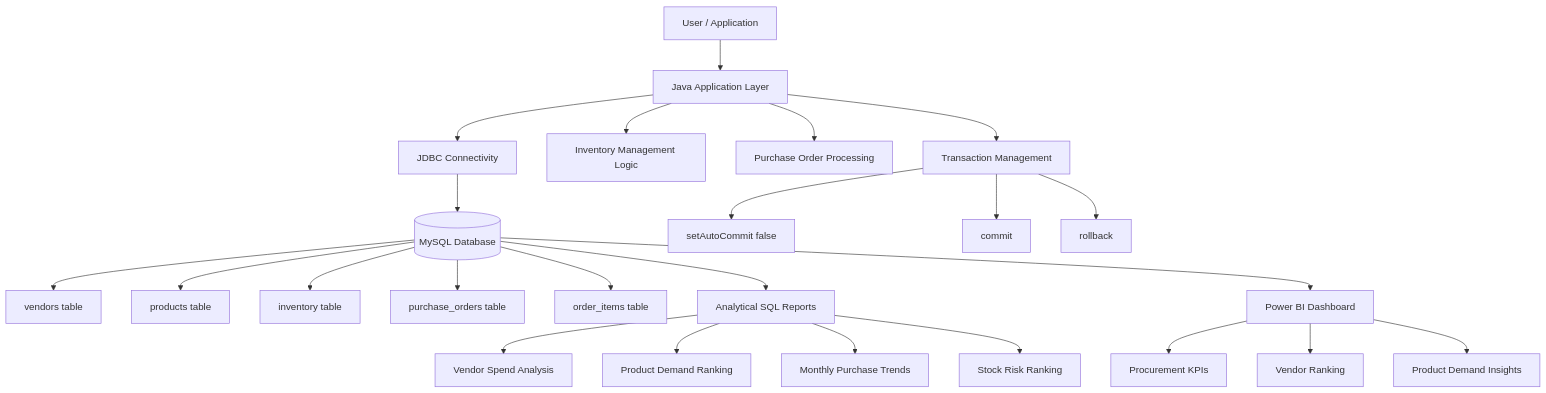
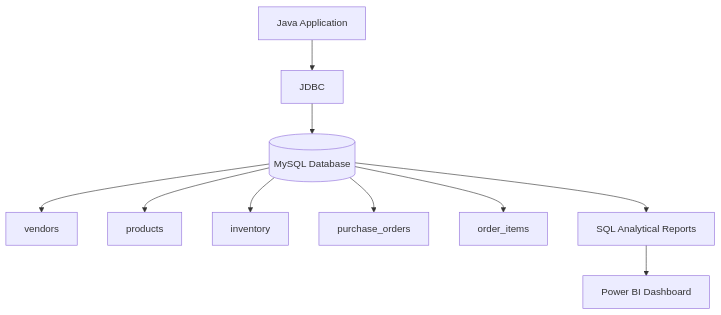
The first of 2 diagrams in README.md (muskaanhusain604-beep/procurement-inventory-management-system), drawn with Mermaid before and after one commit.

Commit message:
README.md

````diff
--- a/README.md
+++ b/README.md
@@ -23,34 +23,16 @@
 ```mermaid
 flowchart TD
 
-A[User / Application] --> B[Java Application Layer]
-B --> C[JDBC Connectivity]
-C --> D[(MySQL Database)]
+A[Java Application] --> B[JDBC]
+B --> C[(MySQL Database)]
 
-D --> E[vendors table]
-D --> F[products table]
-D --> G[inventory table]
-D --> H[purchase_orders table]
-D --> I[order_items table]
+C --> D[vendors]
+C --> E[products]
+C --> F[inventory]
+C --> G[purchase_orders]
+C --> H[order_items]
 
-B --> J[Inventory Management Logic]
-B --> K[Purchase Order Processing]
-B --> L[Transaction Management]
+C --> I[SQL Analytical Reports]
+I --> J[Power BI Dashboard]
 
-L --> M[setAutoCommit false]
-L --> N[commit]
-L --> O[rollback]
-
-D --> P[Analytical SQL Reports]
-
-P --> Q[Vendor Spend Analysis]
-P --> R[Product Demand Ranking]
-P --> S[Monthly Purchase Trends]
-P --> T[Stock Risk Ranking]
-
-D --> U[Power BI Dashboard]
-
-U --> V[Procurement KPIs]
-U --> W[Vendor Ranking]
-U --> X[Product Demand Insights]
 ```
````
